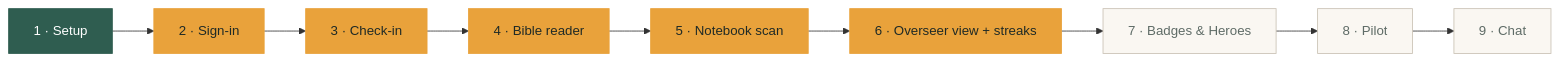
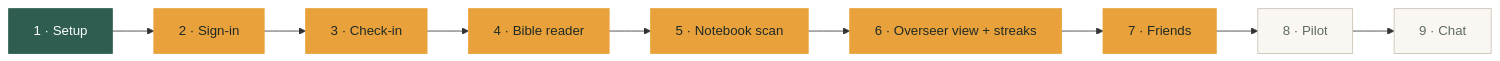
The diagram in README.md (mannigoy/Abide), drawn with Mermaid before and after one commit. The commit also changed other lines of this file and 27 other files, not shown here.

````diff
--- a/README.md
+++ b/README.md
@@ -22,9 +22,9 @@
 ```mermaid
 flowchart LR
   P1["1 · Setup"]:::done --> P2["2 · Sign-in"]:::wip --> P3["3 · Check-in"]:::wip --> P4["4 · Bible reader"]:::wip --> P5["5 · Notebook scan"]:::wip
-  P5 --> P6["6 · Overseer view + streaks"]:::wip --> P7["7 · Badges & Heroes"]:::todo --> P8["8 · Pilot"]:::todo --> P9["9 · Chat"]:::todo
+  P5 --> P6["6 · Overseer view + streaks"]:::wip --> P7["7 · Friends"]:::wip --> P8["8 · Pilot"]:::todo --> P9["9 · Chat"]:::todo
 
   classDef done fill:#2F5D50,stroke:#2F5D50,color:#FFFFFF
   classDef wip fill:#E9A23B,stroke:#E9A23B,color:#1F2A26
   classDef todo fill:#FAF7F2,stroke:#C9C1B4,color:#5E6B66
 ```
````
